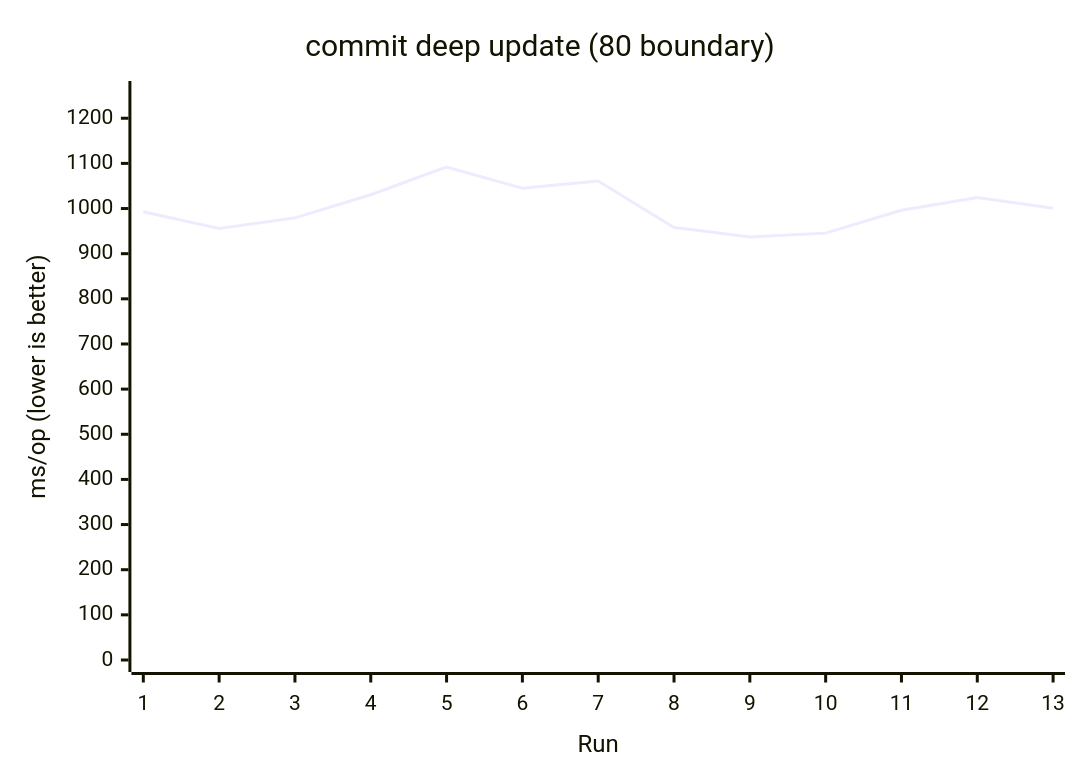
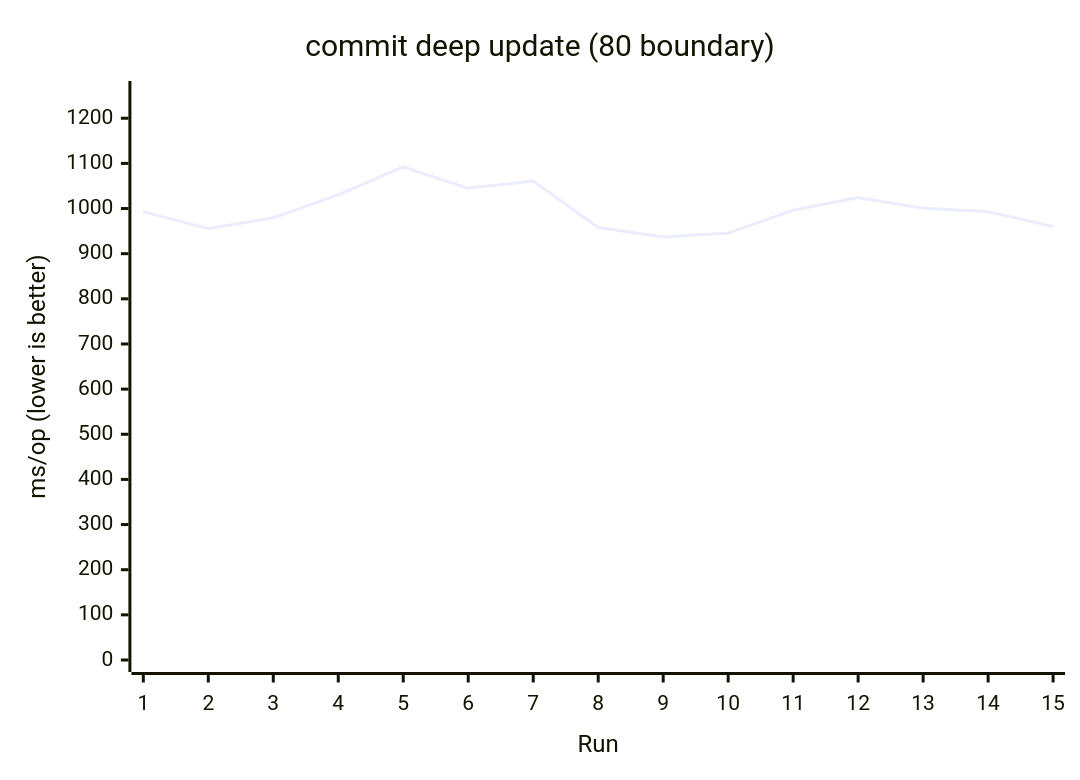
Before and after one commit to AIluffy/io: the seventh of 17 diagrams in apps/docs/src/content/docs/en/guides/benchmark.mdx, drawn with Mermaid. The commit also changed other lines of this file and 7 other files, not shown here.

````diff
--- a/apps/docs/src/content/docs/en/guides/benchmark.mdx
+++ b/apps/docs/src/content/docs/en/guides/benchmark.mdx
@@ -265,7 +267,7 @@
 ```mermaid
 xychart-beta
   title "commit deep update (80 boundary)"
-  x-axis "Run" [1, 2, 3, 4, 5, 6, 7, 8, 9, 10, 11, 12, 13]
+  x-axis "Run" [1, 2, 3, 4, 5, 6, 7, 8, 9, 10, 11, 12, 13, 14, 15]
   y-axis "ms/op (lower is better)" 0 --> 1255.9128
-  line [992.725, 955.8344, 979.2947, 1030.485, 1092.0981, 1044.7571, 1060.7891, 958.0996, 937.104, 945.5124, 996.1228, 1024.3481, 1000.8426]
+  line [992.725, 955.8344, 979.2947, 1030.485, 1092.0981, 1044.7571, 1060.7891, 958.0996, 937.104, 945.5124, 996.1228, 1024.3481, 1000.8426, 993.1195, 960.0815]
 ```
````
